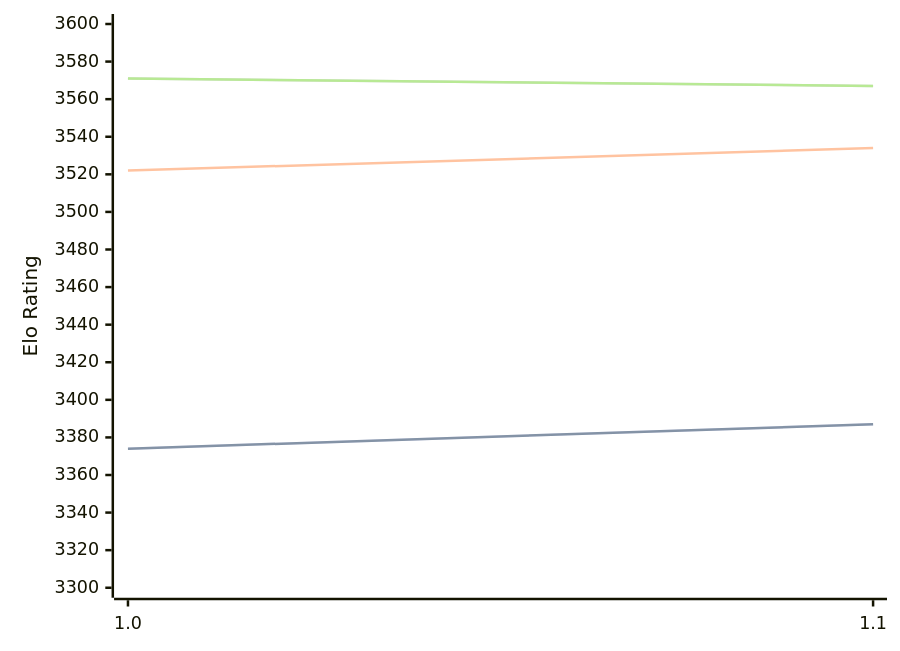
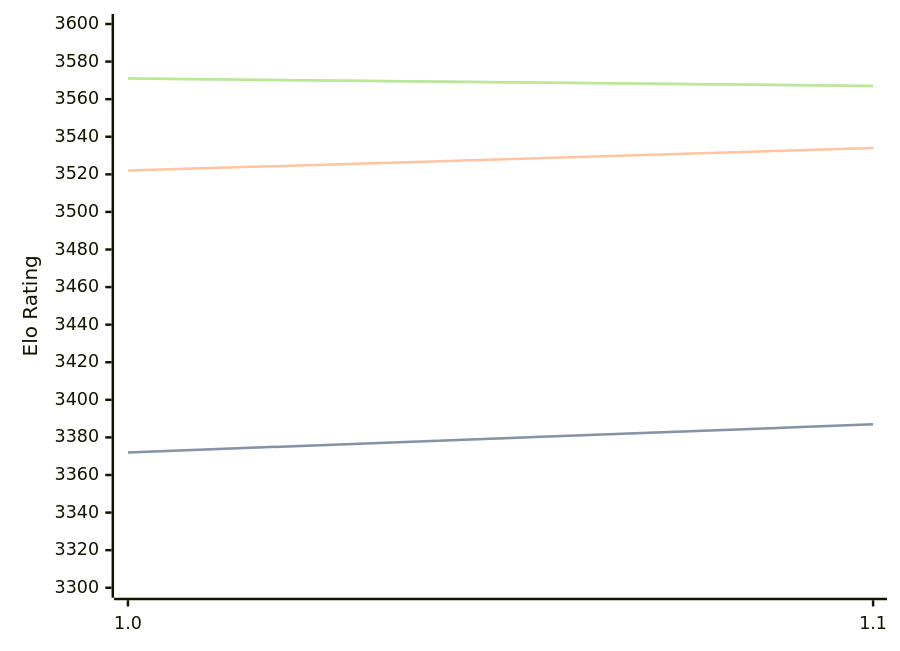
One commit to computer-chess-index/cci changed the diagram in engines/Horsie.md. Above: the diagram before and after it, drawn with Mermaid. The commit also changed other lines of this file, not shown here.

````diff
--- a/engines/Horsie.md
+++ b/engines/Horsie.md
@@ -32,11 +32,11 @@
 ```mermaid
 %%{init: {"theme":"base","themeVariables":{"seriesColors:['#a3a3a3','#222221','#faa371']}}}%%
 xychart-beta
   x-axis ["1.0", "1.1"]
   y-axis "Elo Rating" 3300 --> 3600
-  line "STC (8.0+0.08s)" [3374, 3387]
-  line "STC (8.0+0.08s)" [3374, 3387]
+  line "STC (8.0+0.08s)" [3372, 3387]
+  line "STC (8.0+0.08s)" [3372, 3387]
   line "LTC (60.0+0.60s)" [3522, 3534]
   line "VLTC (2m24s+1.12s)" [3571, 3567]
   line "VLTC (2m24s+1.12s)" [3571, 3567]
 ```
````
